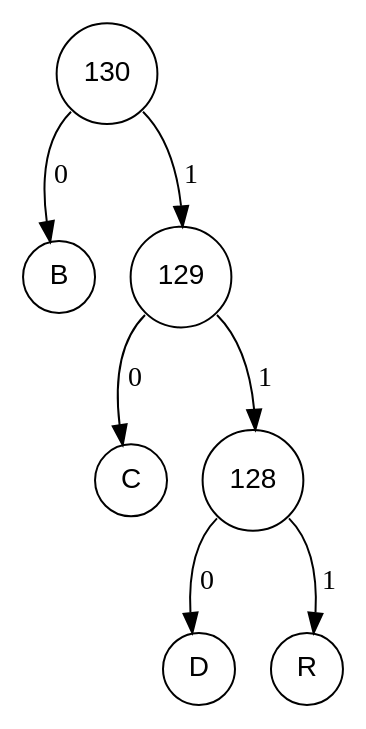
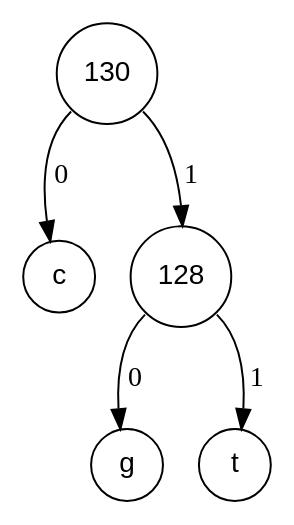
The diagram in fichiers_viz/arbre_codage_etape_3.dot (Procuste34/codage_huffman_c), drawn with Graphviz before and after one commit. The commit also changed 22 other files, not shown here.

```diff
--- a/fichiers_viz/arbre_codage_etape_3.dot
+++ b/fichiers_viz/arbre_codage_etape_3.dot
@@ -1,16 +1,12 @@
 digraph POT_test {
 node [fontname="Arial", shape="circle", width=0.5];
 130 [label = "130"]
-66 [label = "B"]
-129 [label = "129"]
-67 [label = "C"]
+99 [label = "c"]
 128 [label = "128"]
-68 [label = "D"]
-82 [label = "R"]
-128:sw -> 68 [label = " 0"]
-128:se -> 82 [label = " 1"]
-129:sw -> 67 [label = " 0"]
-129:se -> 128 [label = " 1"]
-130:sw -> 66 [label = " 0"]
-130:se -> 129 [label = " 1"]
+103 [label = "g"]
+116 [label = "t"]
+128:sw -> 103 [label = " 0"]
+128:se -> 116 [label = " 1"]
+130:sw -> 99 [label = " 0"]
+130:se -> 128 [label = " 1"]
 }
```
